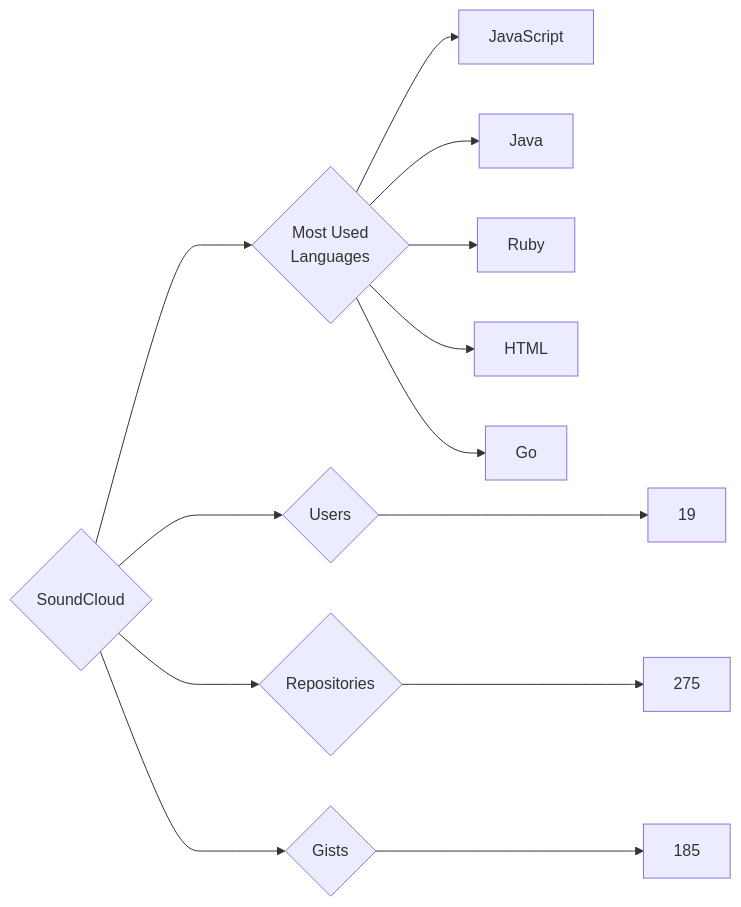
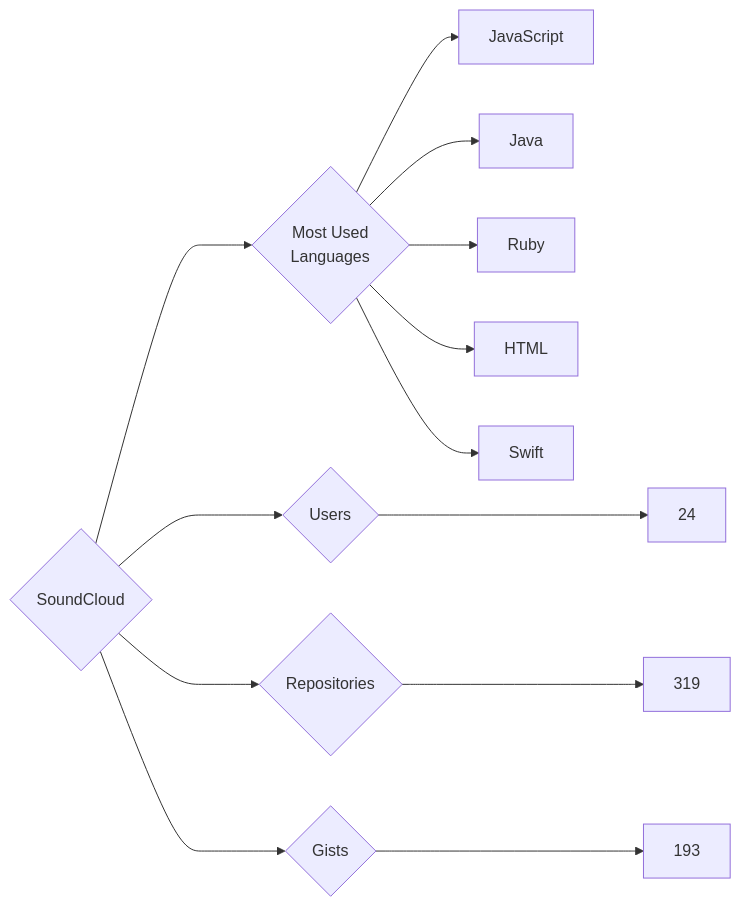
The diagram in targets/SoundCloud/README.md (trickest/insiders), drawn with Mermaid before and after one commit. The commit also changed 886 other files, not shown here.

````diff
--- a/targets/SoundCloud/README.md
+++ b/targets/SoundCloud/README.md
@@ -3,13 +3,13 @@
 ```mermaid
 graph LR
 COMPANY_NAME{SoundCloud}
-COMPANY_NAME ---> U{Users} ---> UN[19]
-COMPANY_NAME ---> R{Repositories} ---> RN[275]
-COMPANY_NAME ---> G{Gists} ---> GN[185]
+COMPANY_NAME ---> U{Users} ---> UN[24]
+COMPANY_NAME ---> R{Repositories} ---> RN[319]
+COMPANY_NAME ---> G{Gists} ---> GN[193]
 COMPANY_NAME ---> ML{Most Used<br>Languages}
 ML --> JavaScript[JavaScript]
 ML --> Java[Java]
 ML --> Ruby[Ruby]
 ML --> HTML[HTML]
-ML --> Go[Go]
+ML --> Swift[Swift]
 ```
````
